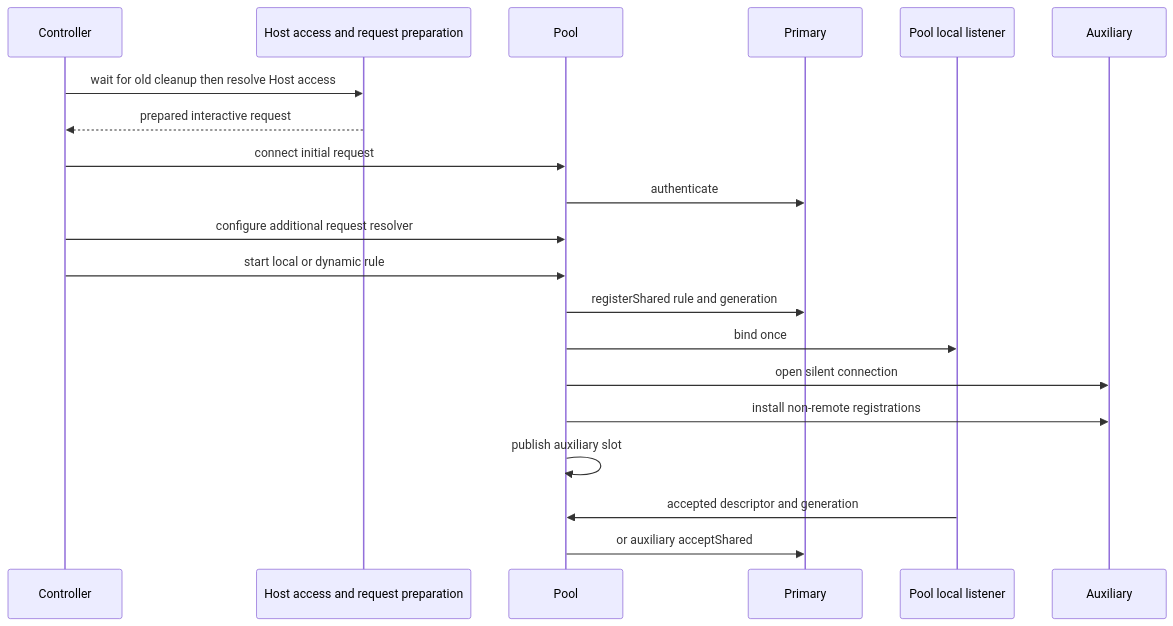
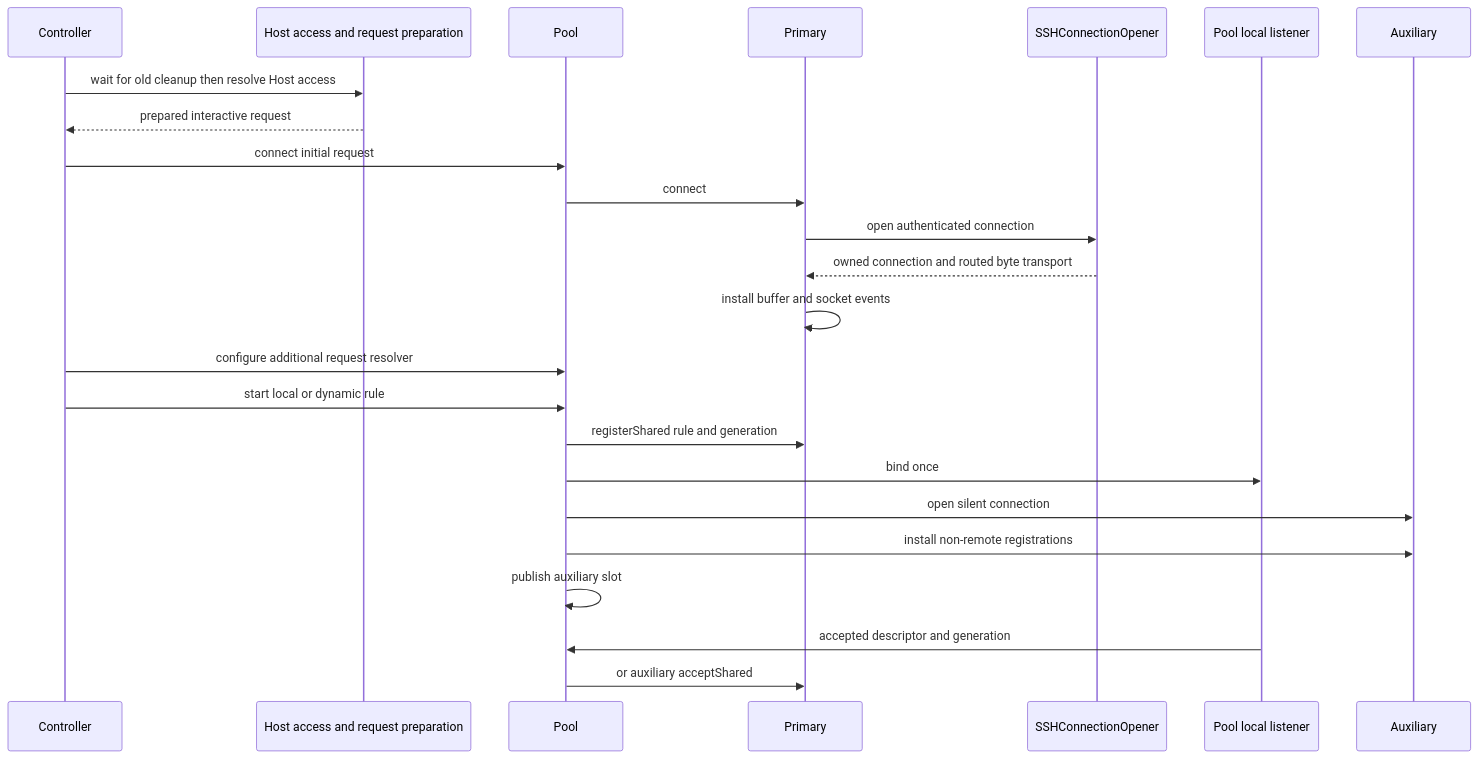
Before and after one commit to AkinoKaede/Termind: the second of 4 diagrams in openwiki/workflows/port-forwarding-pool-and-dispatch.md, drawn with Mermaid. The commit also changed other lines of this file and 63 other files, not shown here.

````diff
--- a/openwiki/workflows/port-forwarding-pool-and-dispatch.md
+++ b/openwiki/workflows/port-forwarding-pool-and-dispatch.md
@@ -100,22 +104,26 @@
 ```mermaid
 sequenceDiagram
     participant Controller
     participant Access as Host access and request preparation
     participant Pool
     participant Primary
+    participant Opener as SSHConnectionOpener
     participant Listener as Pool local listener
     participant Auxiliary
     Controller->>Access: wait for old cleanup then resolve Host access
     Access-->>Controller: prepared interactive request
     Controller->>Pool: connect initial request
-    Pool->>Primary: authenticate
+    Pool->>Primary: connect
+    Primary->>Opener: open authenticated connection
+    Opener-->>Primary: owned connection and routed byte transport
+    Primary->>Primary: install buffer and socket events
     Controller->>Pool: configure additional request resolver
     Controller->>Pool: start local or dynamic rule
     Pool->>Primary: registerShared rule and generation
     Pool->>Listener: bind once
     Pool->>Auxiliary: open silent connection
     Pool->>Auxiliary: install non-remote registrations
     Pool->>Pool: publish auxiliary slot
     Listener->>Pool: accepted descriptor and generation
     Pool->>Primary: or auxiliary acceptShared
 ```
````
